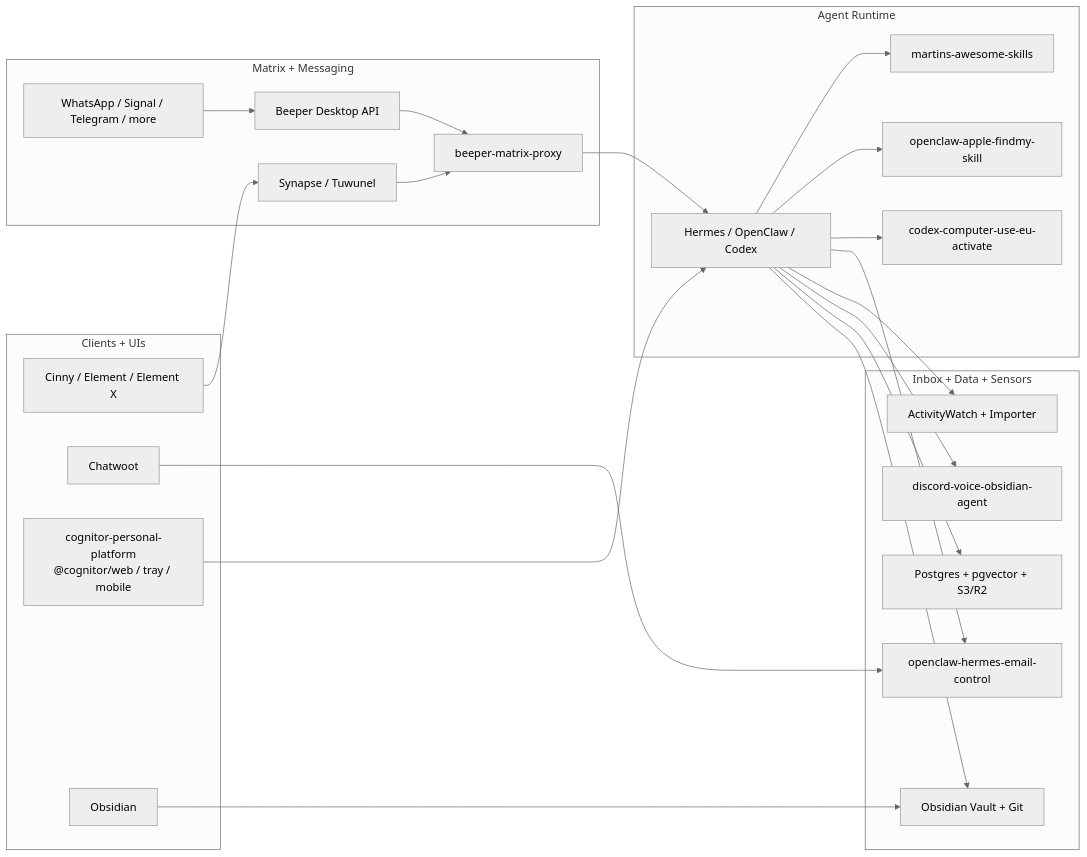
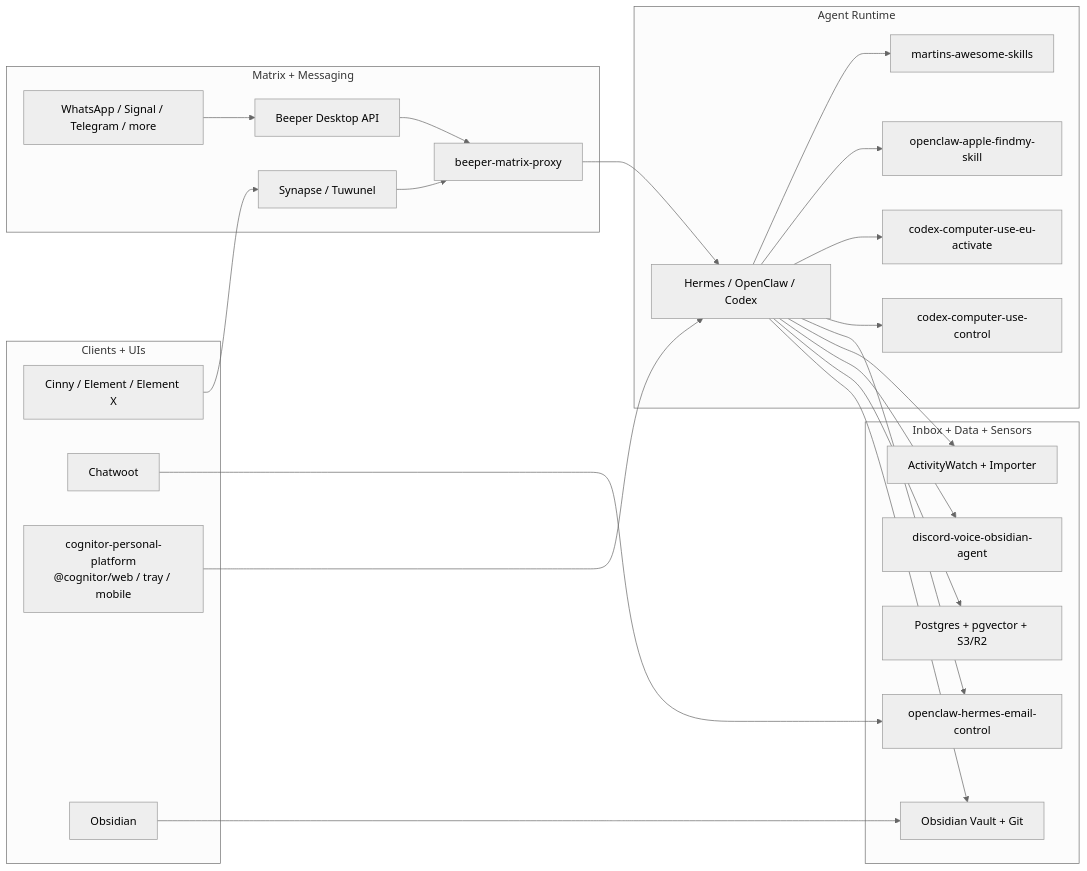
The third of 4 diagrams in README.md (Martin-Hausleitner/credo), drawn with Mermaid (neutral theme) before and after one commit. The commit also changed other lines of this file and 4 other files, not shown here.

````diff
--- a/README.md
+++ b/README.md
@@ -400,50 +471,52 @@
 ```mermaid
 flowchart LR
   subgraph UX["Clients + UIs"]
     Cinny["Cinny / Element / Element X"]
     ChatwootUI["Chatwoot"]
     Cognitor["cognitor-personal-platform<br/>@cognitor/web / tray / mobile"]
     ObsidianUI["Obsidian"]
   end
 
   subgraph MatrixLayer["Matrix + Messaging"]
     Synapse["Synapse / Tuwunel"]
     Proxy["beeper-matrix-proxy"]
     Beeper["Beeper Desktop API"]
     Bridges["WhatsApp / Signal / Telegram / more"]
   end
 
   subgraph AgentLayer["Agent Runtime"]
     Hermes["Hermes / OpenClaw / Codex"]
     Skills["martins-awesome-skills"]
     FindMySkill["openclaw-apple-findmy-skill"]
     CUA["codex-computer-use-eu-activate"]
+    CUC["codex-computer-use-control"]
   end
 
   subgraph OpsLayer["Inbox + Data + Sensors"]
     EmailCtrl["openclaw-hermes-email-control"]
     Activity["ActivityWatch + Importer"]
     Voice["discord-voice-obsidian-agent"]
     Vault["Obsidian Vault + Git"]
     Data["Postgres + pgvector + S3/R2"]
   end
 
   Cinny --> Synapse
   ChatwootUI --> EmailCtrl
   Cognitor --> Hermes
   ObsidianUI --> Vault
 
   Synapse --> Proxy
   Beeper --> Proxy
   Bridges --> Beeper
   Proxy --> Hermes
 
   Hermes --> Skills
   Hermes --> FindMySkill
   Hermes --> CUA
+  Hermes --> CUC
   Hermes --> EmailCtrl
   Hermes --> Activity
   Hermes --> Voice
   Hermes --> Data
   Hermes --> Vault
 ```
````
